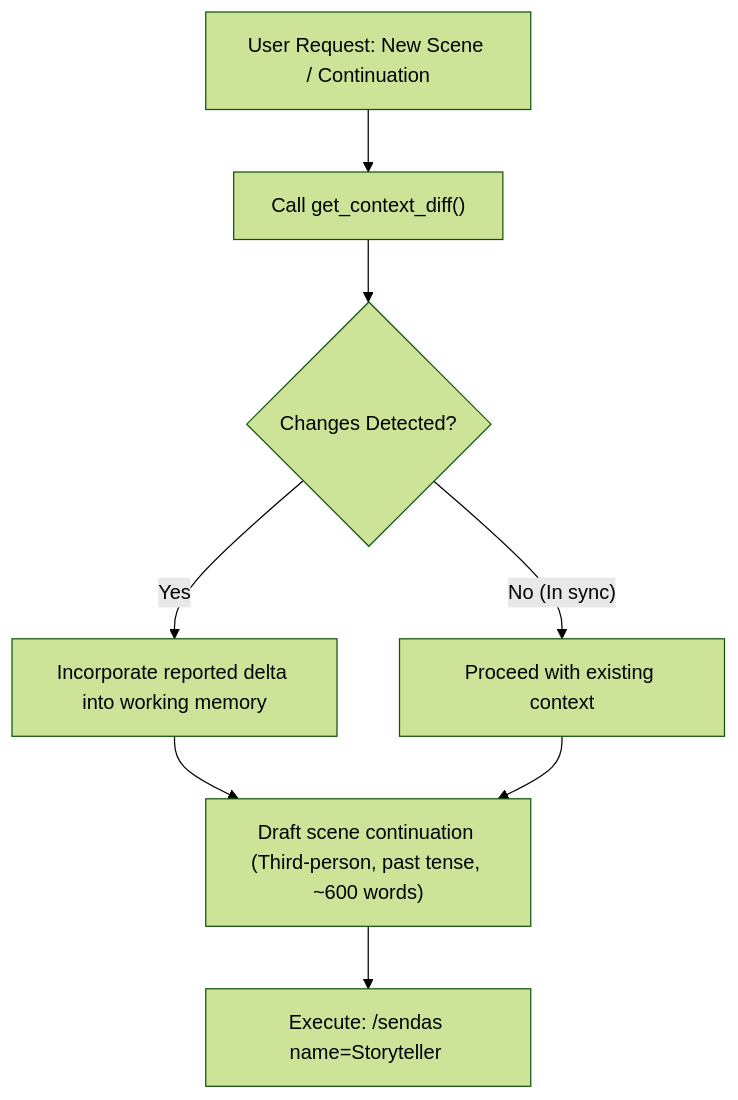
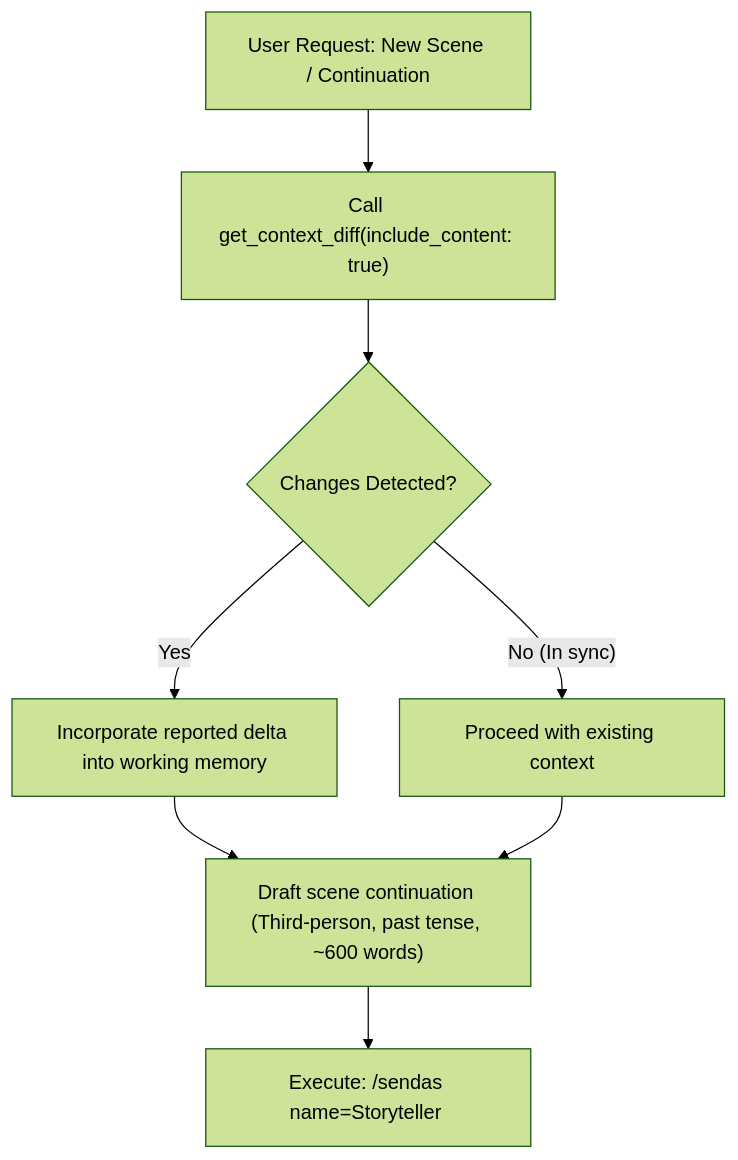
One commit to m-petra-fn/SillyTavern changed the first of 3 diagrams in .agent/skills/sillytavern-writer/SKILL.md. Above: the diagram before and after it, drawn with Mermaid (forest theme). The commit also changed other lines of this file and 4 other files, not shown here.

````diff
--- a/.agent/skills/sillytavern-writer/SKILL.md
+++ b/.agent/skills/sillytavern-writer/SKILL.md
@@ -180,10 +179,10 @@
 ```mermaid
 flowchart TD
-    A["User Request: New Scene / Continuation"] --> B["Call get_context_diff()"]
+    A["User Request: New Scene / Continuation"] --> B["Call get_context_diff(include_content: true)"]
     B --> C{"Changes Detected?"}
     C -- "Yes" --> D["Incorporate reported delta into working memory"]
     C -- "No (In sync)" --> E["Proceed with existing context"]
     D --> F["Draft scene continuation (Third-person, past tense, ~600 words)"]
     E --> F
     F --> G["Execute: /sendas name=Storyteller <Narrative Text>"]
 ```
````
